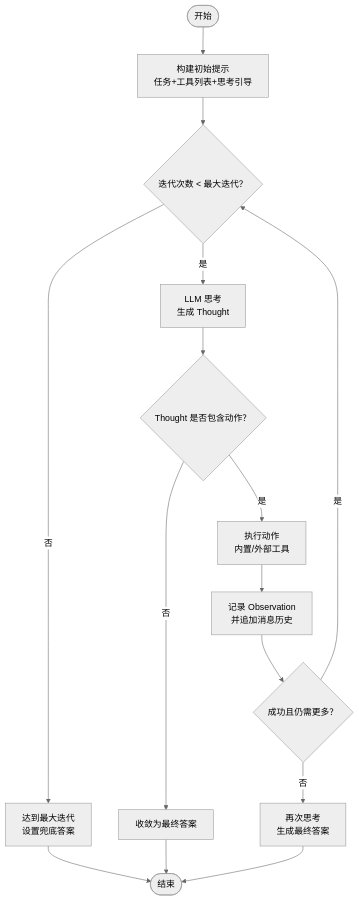
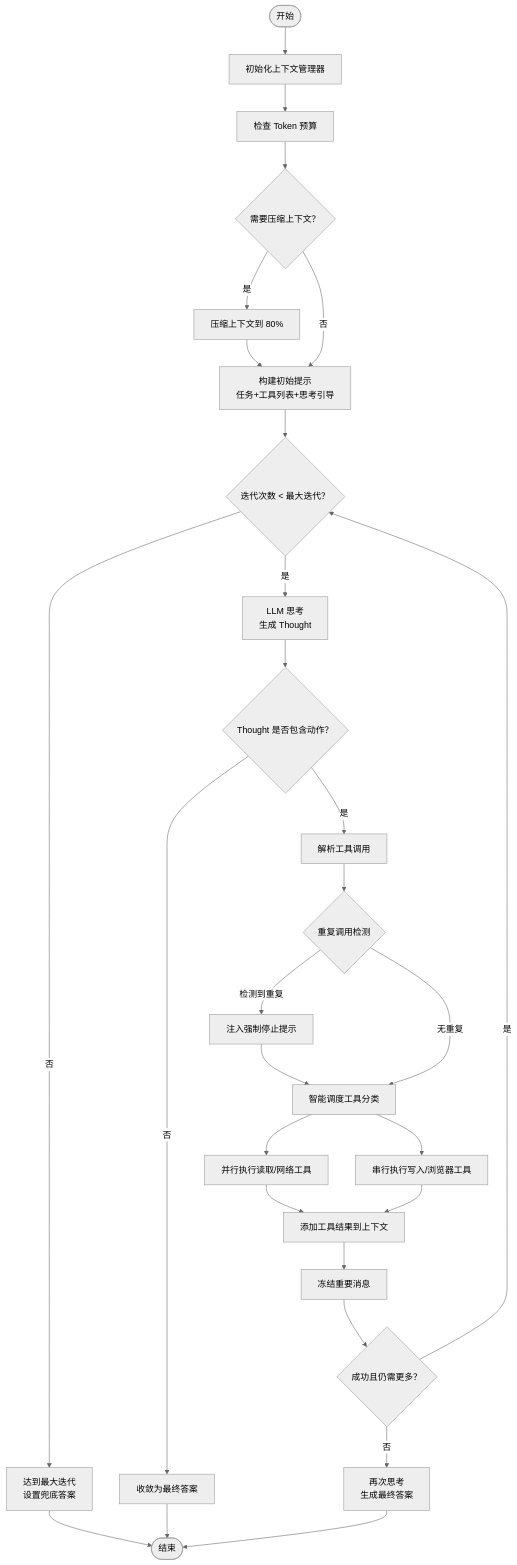
The third of 8 diagrams in .qoder/repowiki/zh/content/AI 代理系统/Agent Loop 核心引擎.md (baike08/cosurf), drawn with Mermaid (neutral theme) before and after one commit. The commit also changed other lines of this file and 15 other files, not shown here.

````diff
--- a/.qoder/repowiki/zh/content/AI 代理系统/Agent Loop 核心引擎.md
+++ b/.qoder/repowiki/zh/content/AI 代理系统/Agent Loop 核心引擎.md
@@ -163,17 +211,30 @@
 ```mermaid
 flowchart TD
-Start(["开始"]) --> BuildPrompt["构建初始提示<br/>任务+工具列表+思考引导"]
+Start(["开始"]) --> InitCtx["初始化上下文管理器"]
+InitCtx --> CheckBudget["检查 Token 预算"]
+CheckBudget --> NeedCompress{"需要压缩上下文？"}
+NeedCompress --> |是| Compress["压缩上下文到 80%"]
+NeedCompress --> |否| BuildPrompt["构建初始提示<br/>任务+工具列表+思考引导"]
+Compress --> BuildPrompt
 BuildPrompt --> Loop{"迭代次数 < 最大迭代？"}
 Loop --> |否| Timeout["达到最大迭代<br/>设置兜底答案"]
 Loop --> |是| Think["LLM 思考<br/>生成 Thought"]
 Think --> HasAction{"Thought 是否包含动作？"}
 HasAction --> |否| Finalize["收敛为最终答案"]
-HasAction --> |是| Exec["执行动作<br/>内置/外部工具"]
-Exec --> Observe["记录 Observation<br/>并追加消息历史"]
-Observe --> NeedMore{"成功且仍需更多？"}
+HasAction --> |是| ParseCalls["解析工具调用"]
+ParseCalls --> RepeatDetect{"重复调用检测"}
+RepeatDetect --> |检测到重复| InjectNudge["注入强制停止提示"]
+RepeatDetect --> |无重复| Schedule["智能调度工具分类"]
+InjectNudge --> Schedule
+Schedule --> ParallelExec["并行执行读取/网络工具"]
+Schedule --> SerialExec["串行执行写入/浏览器工具"]
+ParallelExec --> AddResults["添加工具结果到上下文"]
+SerialExec --> AddResults
+AddResults --> FreezeImportant["冻结重要消息"]
+FreezeImportant --> NeedMore{"成功且仍需更多？"}
 NeedMore --> |是| Loop
 NeedMore --> |否| ThinkFinal["再次思考<br/>生成最终答案"]
 ThinkFinal --> End(["结束"])
 Timeout --> End
 Finalize --> End
 ```
````
